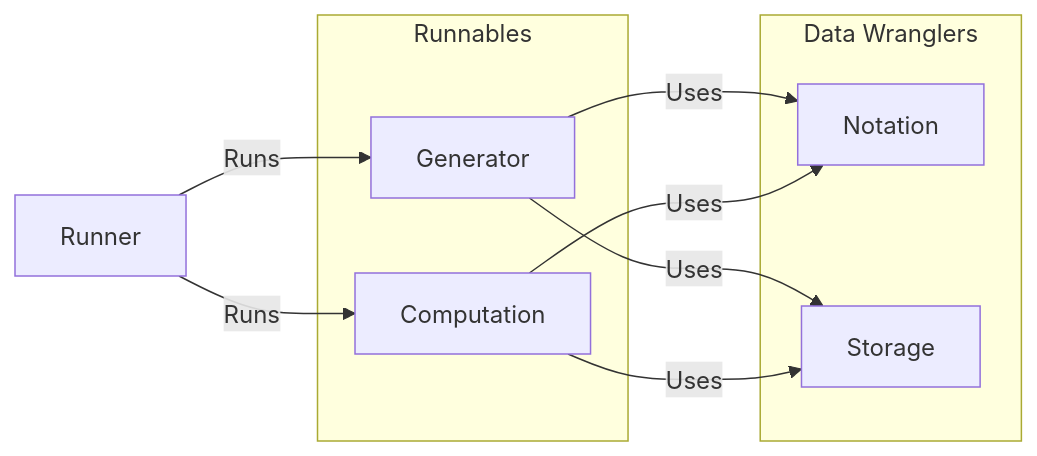
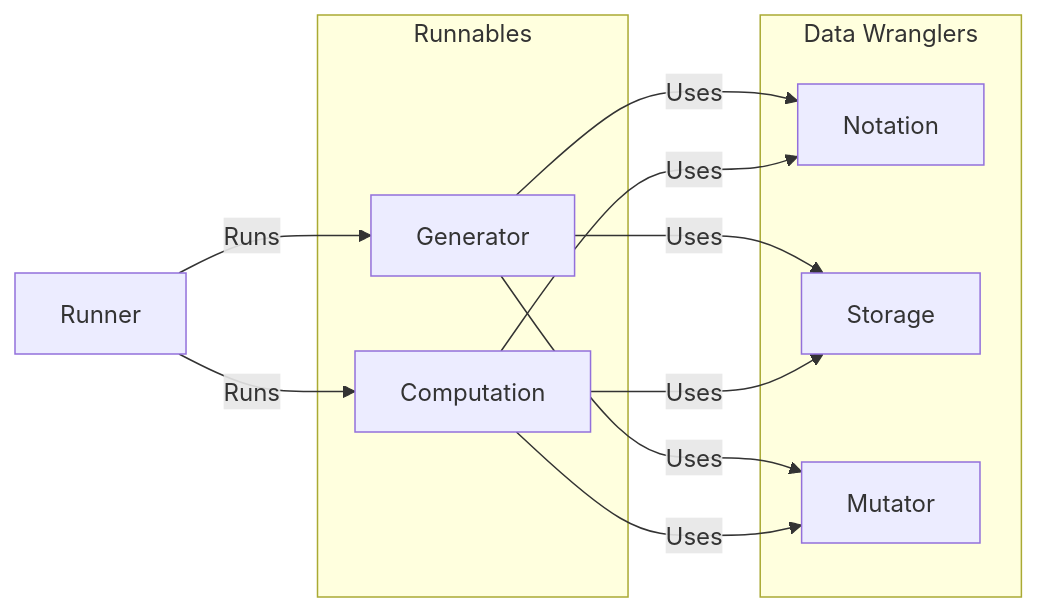
One commit to Uiowa-Applied-Topology/tanglenomicon_core_libraries changed the second of 2 diagrams in README.md. Above: the diagram before and after it, drawn with Mermaid. The commit also changed other lines of this file and 65 other files, not shown here.

````diff
--- a/README.md
+++ b/README.md
@@ -138,20 +138,23 @@
 ```mermaid
 flowchart LR
     Runner
     subgraph "Runnables"
         Generator
         Computation
     end
     subgraph "Data Wranglers"
         Notation
         Storage
+        Mutator
     end
     Runner -->|Runs| Generator
     Runner -->|Runs| Computation
+    Generator -->|Uses| Mutator
+    Computation -->|Uses| Mutator
     Generator -->|Uses| Notation
     Computation -->|Uses| Notation
     Generator -->|Uses| Storage
     Computation -->|Uses| Storage
 
 
 ```
````
